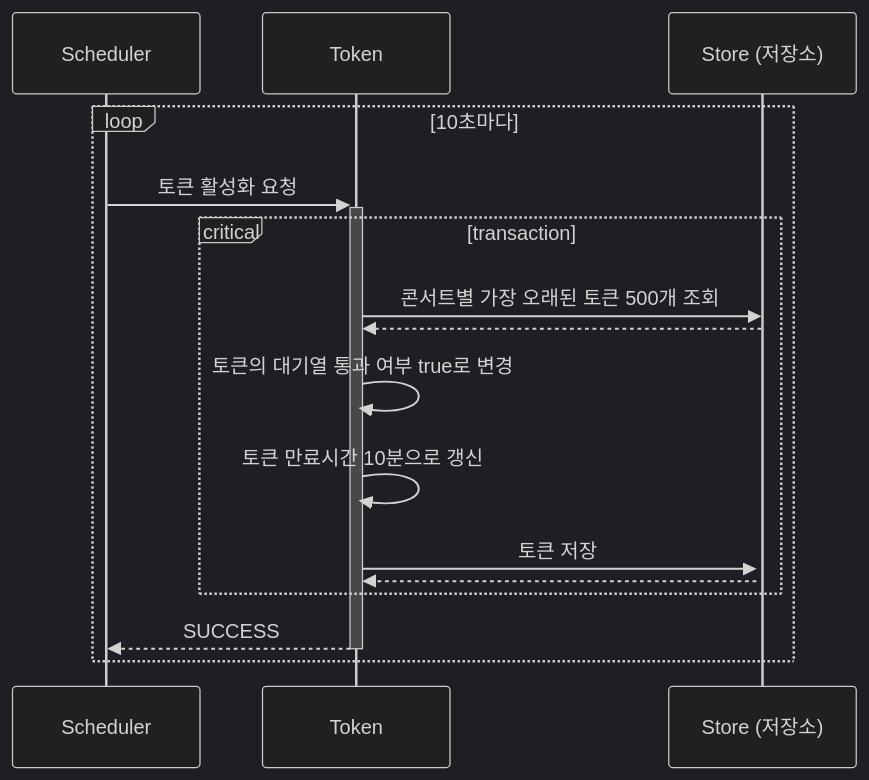
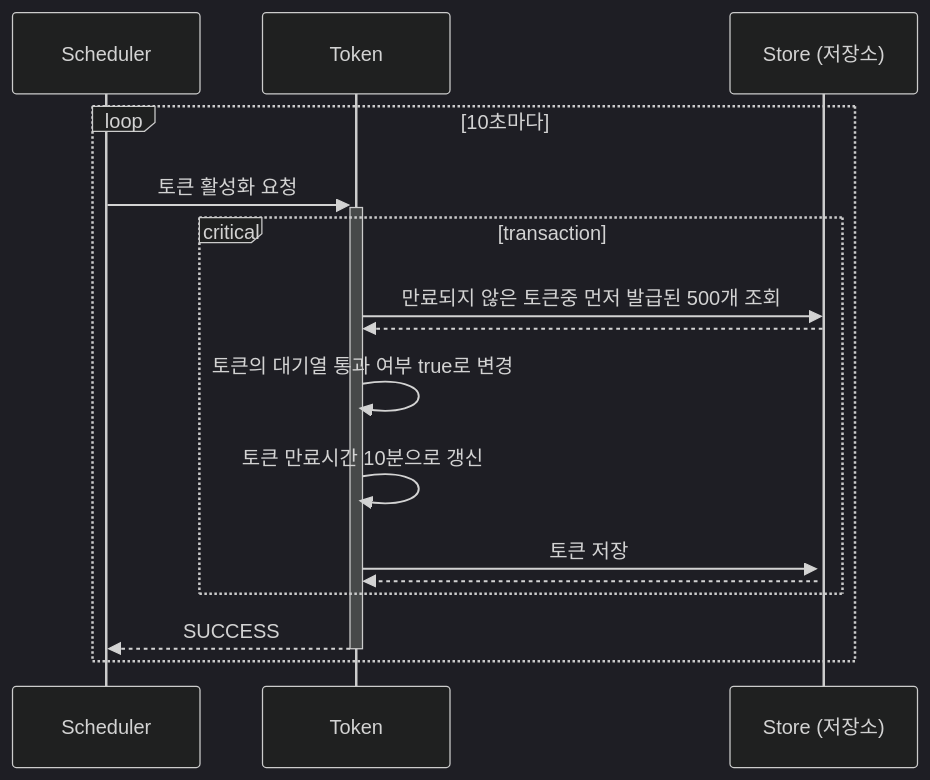
One commit to giwonn/hhplus-concert changed the third of 11 diagrams in docs/sequence_diagram.md. Above: the diagram before and after it, drawn with Mermaid (dark theme). The commit also changed other lines of this file, not shown here.

Commit message:
docs: 시퀀스 다이어그램 변경

````diff
--- a/docs/sequence_diagram.md
+++ b/docs/sequence_diagram.md
@@ -54,19 +54,19 @@
 ```mermaid
 sequenceDiagram
     participant Scheduler as Scheduler
     participant Token as Token
     participant Store as Store (저장소)
 
     loop 10초마다
         Scheduler ->>+ Token: 토큰 활성화 요청
         critical transaction
-        Token ->> Store: 콘서트별 가장 오래된 토큰 500개 조회
+        Token ->> Store: 만료되지 않은 토큰중 먼저 발급된 500개 조회
         Store -->> Token: 
         Token ->> Token: 토큰의 대기열 통과 여부 true로 변경
             Token ->> Token: 토큰 만료시간 10분으로 갱신
             Token ->>+ Store: 토큰 저장
             Store -->> Token: 
         end
         Token -->>- Scheduler: SUCCESS
     end
 ```
````
